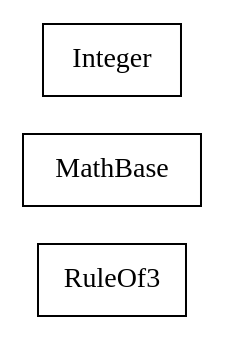
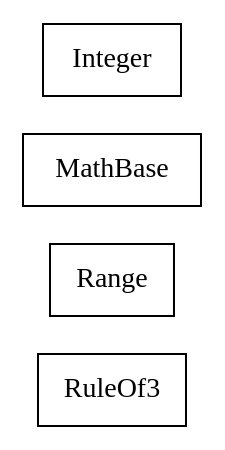
One commit to sekati/sasapi changed the diagram in docs/com/sekati/math/classes.dot. Above: the diagram before and after it, drawn with Graphviz. The commit also changed 59 other files, not shown here.

```diff
--- a/docs/com/sekati/math/classes.dot
+++ b/docs/com/sekati/math/classes.dot
@@ -1,21 +1,27 @@
 strict digraph class_diagram {
   rankdir=LR;
   TypeRuleOf3[
     label="RuleOf3",
     URL="RuleOf3.html",
     tooltip="com.sekati.math.RuleOf3",
+    shape="record"
+  ];
+  TypeRange[
+    label="Range",
+    URL="Range.html",
+    tooltip="com.sekati.math.Range",
     shape="record"
   ];
   TypeMathBase[
     label="MathBase",
     URL="MathBase.html",
     tooltip="com.sekati.math.MathBase",
     shape="record"
   ];
   TypeInteger[
     label="Integer",
     URL="Integer.html",
     tooltip="com.sekati.math.Integer",
     shape="record"
   ];
 }
```
